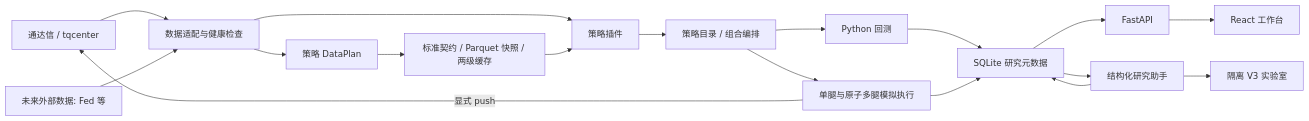
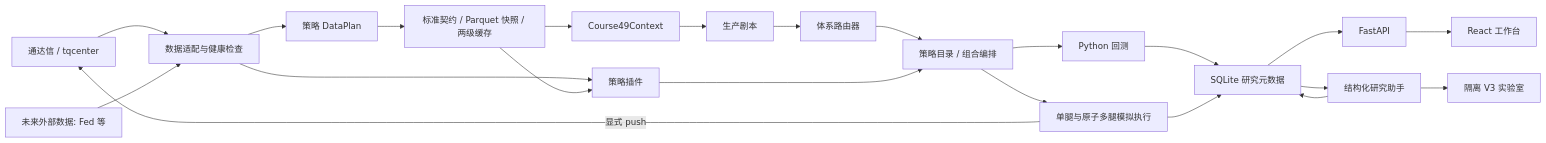
One commit to xionglei191-goo/stock-win changed the diagram in docs/architecture.md. Above: the diagram before and after it, drawn with Mermaid. The commit also changed other lines of this file and 33 other files, not shown here.

````diff
--- a/docs/architecture.md
+++ b/docs/architecture.md
@@ -7,20 +7,24 @@
 ```mermaid
 flowchart LR
     TDX["通达信 / tqcenter"] --> ADP["数据适配与健康检查"]
     EXT["未来外部数据: Fed 等"] --> ADP
     ADP --> PLAN["策略 DataPlan"]
     PLAN --> SNAP["标准契约 / Parquet 快照 / 两级缓存"]
     ADP --> STRAT["策略插件"]
     SNAP --> STRAT
-    STRAT --> COMP["策略目录 / 组合编排"]
+    SNAP --> C49["Course49Context"]
+    C49 --> PB["生产剧本"]
+    PB --> ROUTER["体系路由器"]
+    ROUTER --> COMP["策略目录 / 组合编排"]
+    STRAT --> COMP
     COMP --> BT["Python 回测"]
     COMP --> PAPER["单腿与原子多腿模拟执行"]
     BT --> DB["SQLite 研究元数据"]
     PAPER --> DB
     DB --> API["FastAPI"]
     DB --> AI["结构化研究助手"]
     AI --> DB
     AI --> LAB["隔离 V3 实验室"]
     API --> WEB["React 工作台"]
     PAPER -->|"显式 push"| TDX
 ```
````
